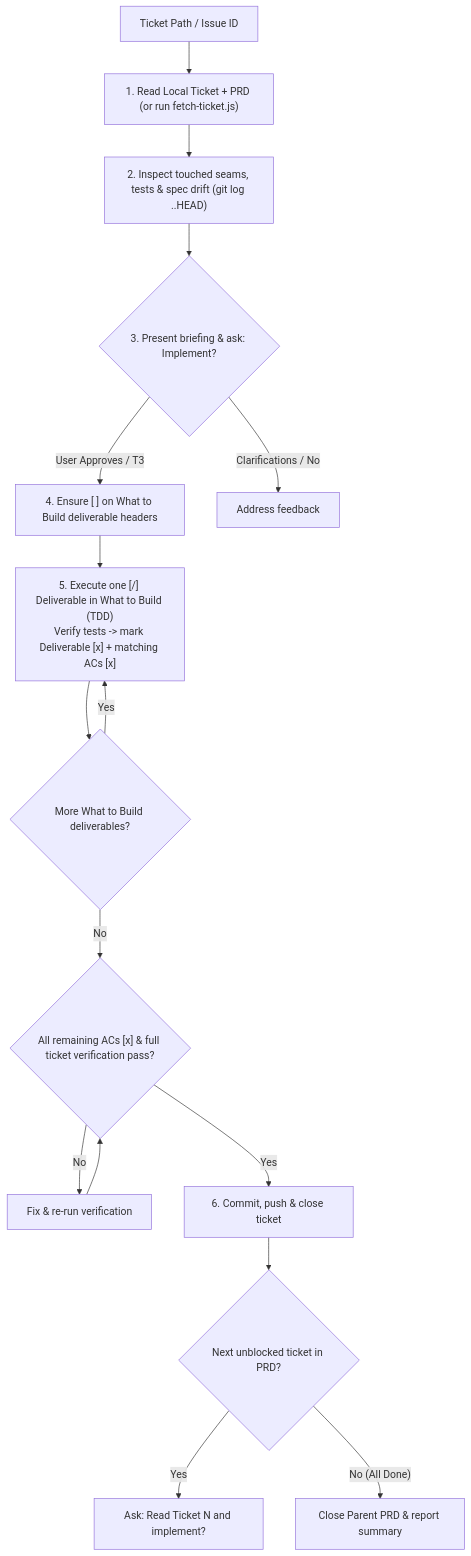
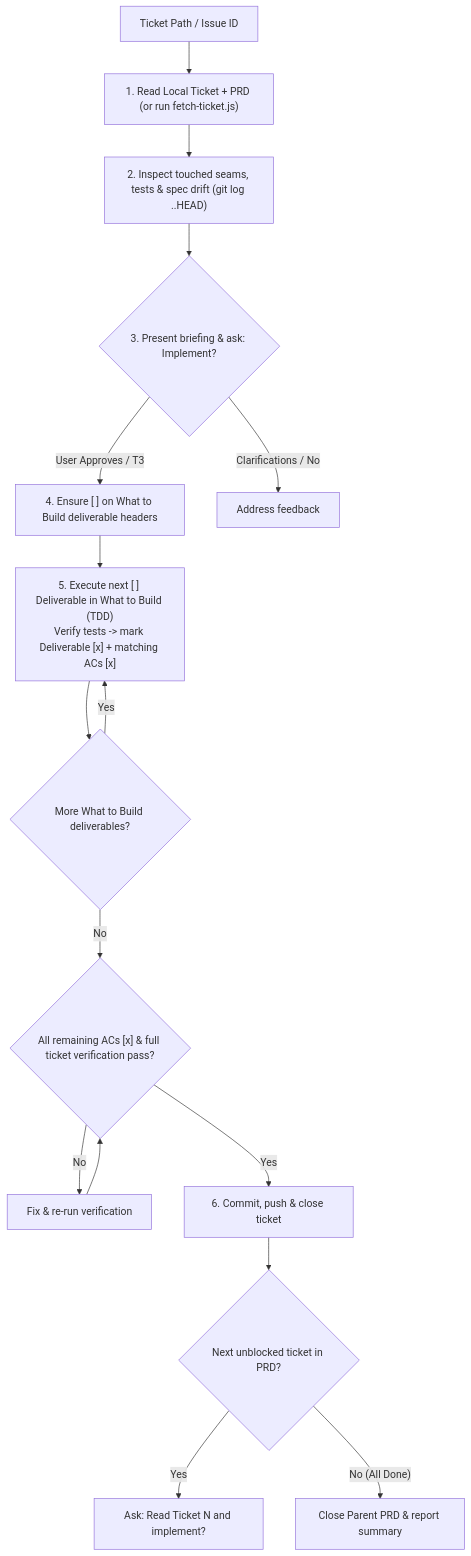
Before and after one commit to loerei/myskills: the diagram in engineering/implement-a-ticket/SKILL.md, drawn with Mermaid. The commit also changed other lines of this file and 4 other files, not shown here.

````diff
--- a/engineering/implement-a-ticket/SKILL.md
+++ b/engineering/implement-a-ticket/SKILL.md
@@ -24,17 +25,17 @@
 ```mermaid
 flowchart TD
     Start["Ticket Path / Issue ID"] --> Fetch["1. Read Local Ticket + PRD (or run fetch-ticket.js)"]
     Fetch --> Inspect["2. Inspect touched seams, tests & spec drift (git log <sha>..HEAD)"]
     Inspect --> Confirm{"3. Present briefing & ask: Implement?"}
     Confirm -->|"User Approves / T3"| Preflight["4. Ensure [ ] on What to Build deliverable headers"]
     Confirm -->|"Clarifications / No"| Stop["Address feedback"]
-    Preflight --> Loop["5. Execute one [/] Deliverable in What to Build (TDD)<br/>Verify tests -> mark Deliverable [x] + matching ACs [x]"]
+    Preflight --> Loop["5. Execute next [ ] Deliverable in What to Build (TDD)<br/>Verify tests -> mark Deliverable [x] + matching ACs [x]"]
     Loop --> MoreDeliv{"More What to Build deliverables?"}
     MoreDeliv -->|"Yes"| Loop
     MoreDeliv -->|"No"| VerifyAll{"All remaining ACs [x] & full ticket verification pass?"}
     VerifyAll -->|"No"| Fix["Fix & re-run verification"] --> VerifyAll
     VerifyAll -->|"Yes"| CommitClose["6. Commit, push & close ticket"]
     CommitClose --> NextCheck{"Next unblocked ticket in PRD?"}
     NextCheck -->|"Yes"| AskNext["Ask: Read Ticket N and implement?"]
     NextCheck -->|"No (All Done)"| ClosePRD["Close Parent PRD & report summary"]
 ```
````
